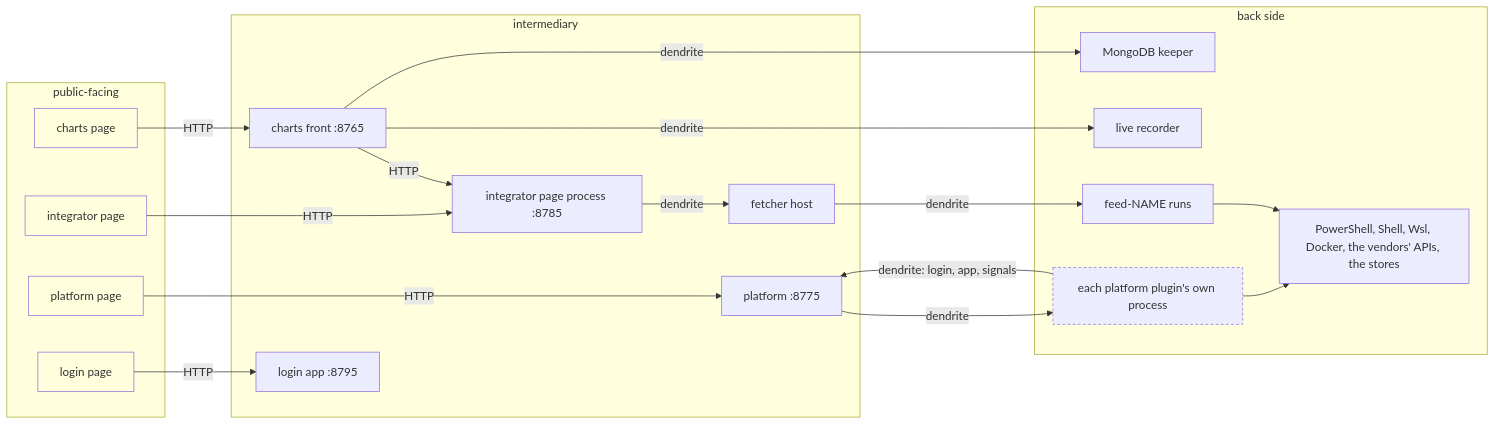
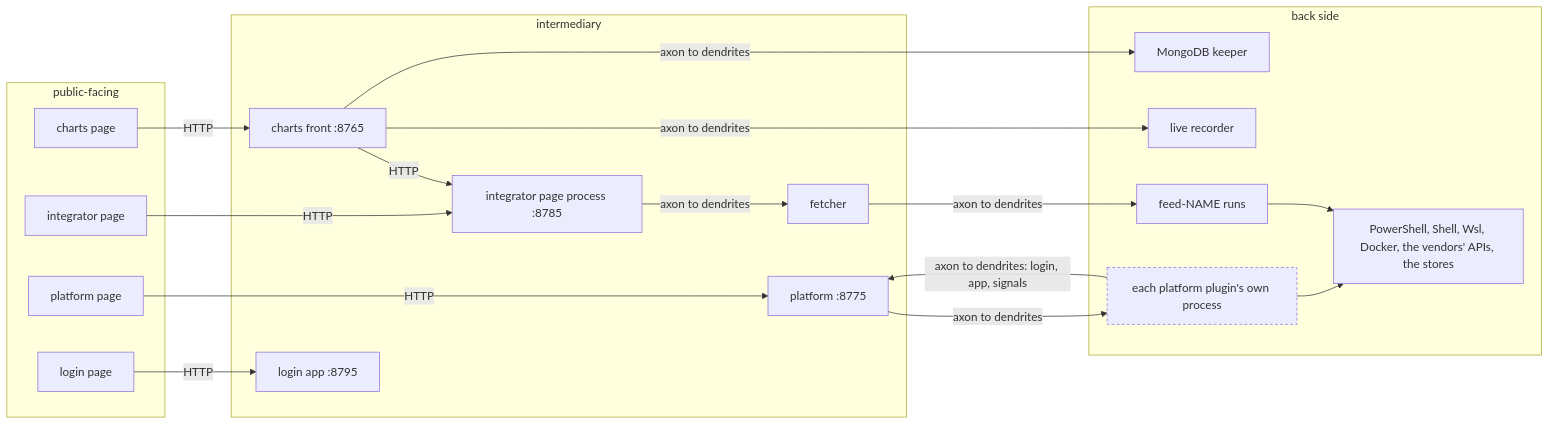
The first of 5 diagrams in docs/NETWORK.md (pcxmac-dev/liminal-libs), drawn with Mermaid before and after one commit. The commit also changed other lines of this file, not shown here.

````diff
--- a/docs/NETWORK.md
+++ b/docs/NETWORK.md
@@ -99,38 +129,37 @@
 ```mermaid
 flowchart LR
   subgraph front[public-facing]
-    page_c[charts page]:::page
-    page_i[integrator page]:::page
-    page_p[platform page]:::page
-    page_l[login page]:::page
+    page_c[charts page]
+    page_i[integrator page]
+    page_p[platform page]
+    page_l[login page]
   end
   subgraph middle[intermediary]
     charts[charts front :8765]
     integ[integrator page process :8785]
-    fetcher[fetcher host]
+    fetcher[fetcher]
     platform[platform :8775]
     login[login app :8795]
   end
   subgraph back[back side]
     feedrun[feed-NAME runs]
     live[live recorder]
     mongo[MongoDB keeper]
     plug[each platform plugin's own process]:::new
     drivers[PowerShell, Shell, Wsl, Docker, the vendors' APIs, the stores]
   end
   page_c -- HTTP --> charts
   page_i -- HTTP --> integ
   page_p -- HTTP --> platform
   page_l -- HTTP --> login
   charts -- HTTP --> integ
-  integ -- dendrite --> fetcher
-  fetcher -- dendrite --> feedrun
-  charts -- dendrite --> live
-  charts -- dendrite --> mongo
-  platform -- dendrite --> plug
-  plug -- dendrite: login, app, signals --> platform
+  integ -- axon to dendrites --> fetcher
+  fetcher -- axon to dendrites --> feedrun
+  charts -- axon to dendrites --> live
+  charts -- axon to dendrites --> mongo
+  platform -- axon to dendrites --> plug
+  plug -- "axon to dendrites: login, app, signals" --> platform
   plug --> drivers
   feedrun --> drivers
   classDef new stroke-dasharray: 4 3
-  classDef page fill:none
 ```
````
